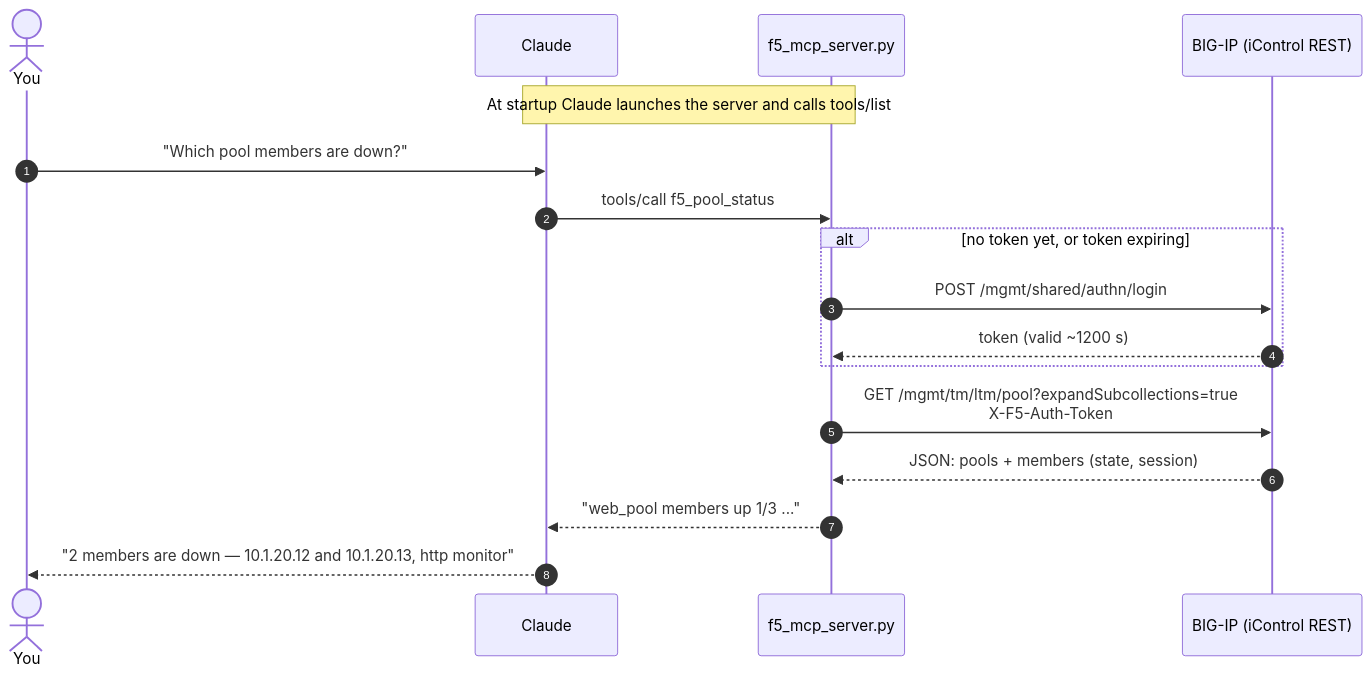
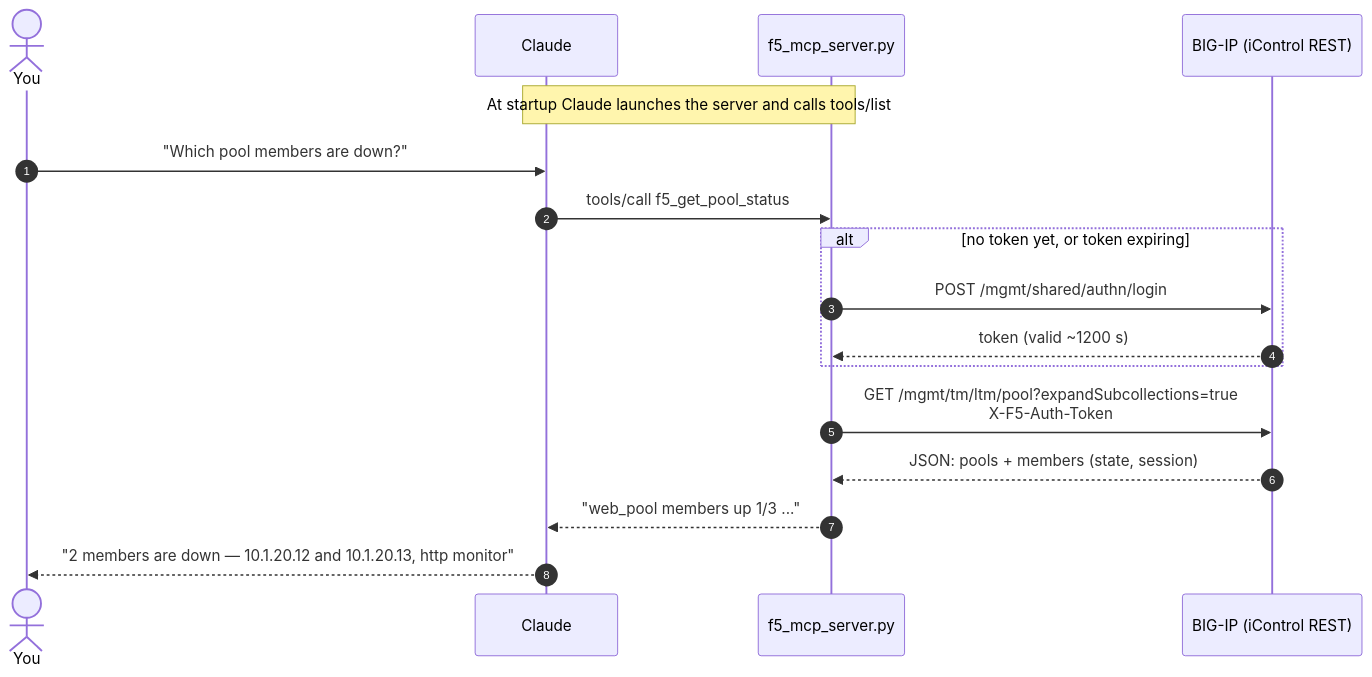
One commit to ChellaNetAI/f5-mcp-claude changed the second of 4 diagrams in README.md. Above: the diagram before and after it, drawn with Mermaid. The commit also changed other lines of this file and 6 other files, not shown here.

````diff
--- a/README.md
+++ b/README.md
@@ -40,20 +42,20 @@
 ```mermaid
 sequenceDiagram
     autonumber
     actor You
     participant Claude
     participant MCP as f5_mcp_server.py
     participant F5 as BIG-IP (iControl REST)
 
     Note over Claude,MCP: At startup Claude launches the server and calls tools/list
     You->>Claude: "Which pool members are down?"
-    Claude->>MCP: tools/call f5_pool_status
+    Claude->>MCP: tools/call f5_get_pool_status
     alt no token yet, or token expiring
         MCP->>F5: POST /mgmt/shared/authn/login
         F5-->>MCP: token (valid ~1200 s)
     end
     MCP->>F5: GET /mgmt/tm/ltm/pool?expandSubcollections=true<br/>X-F5-Auth-Token
     F5-->>MCP: JSON: pools + members (state, session)
     MCP-->>Claude: "web_pool members up 1/3 ..."
     Claude-->>You: "2 members are down — 10.1.20.12 and 10.1.20.13, http monitor"
 ```
````
